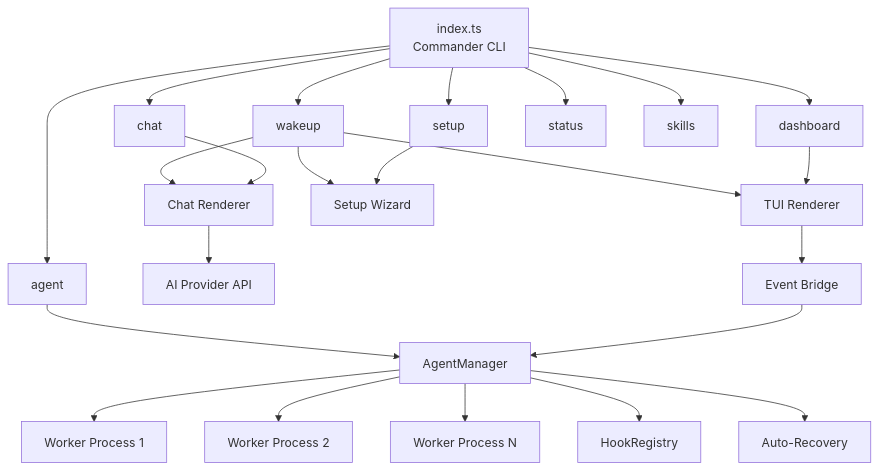
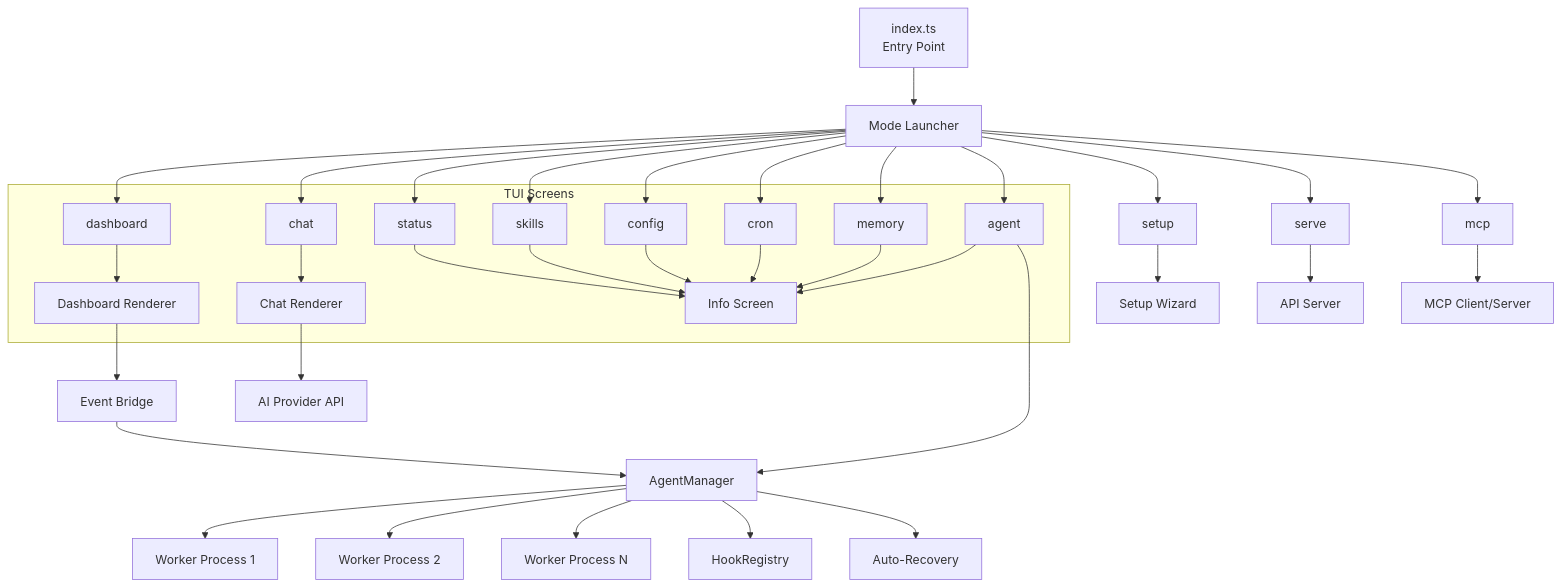
Before and after one commit to KunjShah95/neuron-os: the first of 2 diagrams in README.md, drawn with Mermaid. The commit also changed other lines of this file and 5 other files, not shown here.

````diff
--- a/README.md
+++ b/README.md
@@ -128,30 +143,40 @@
 ```mermaid
 graph TD
-    CLI[index.ts<br/>Commander CLI] --> W[wakeup]
-    CLI --> D[dashboard]
-    CLI --> C[chat]
-    CLI --> A[agent]
-    CLI --> S[setup]
-    CLI --> ST[status]
-    CLI --> SK[skills]
+    CLI[index.ts<br/>Entry Point] --> ML[Mode Launcher]
+    ML --> D[dashboard]
+    ML --> C[chat]
+    ML --> ST[status]
+    ML --> SK[skills]
+    ML --> CFG[config]
+    ML --> CR[cron]
+    ML --> MEM[memory]
+    ML --> A[agent]
+    ML --> S[setup]
+    ML --> SV[serve]
+    ML --> MCP[mcp]
 
-    W --> TUI[TUI Renderer]
-    W --> Chat[Chat Renderer]
-    W --> Wiz[Setup Wizard]
-    D --> TUI
-    C --> Chat
-    S --> Wiz
+    subgraph "TUI Screens"
+        D --> DTUI[Dashboard Renderer]
+        C --> CTUI[Chat Renderer]
+        ST --> ITUI[Info Screen]
+        SK --> ITUI
+        CFG --> ITUI
+        CR --> ITUI
+        MEM --> ITUI
+        A --> ITUI
+    end
+
     A --> AM[AgentManager]
+    S --> Wiz[Setup Wizard]
+    SV --> API[API Server]
+    MCP --> MCPC[MCP Client/Server]
 
     AM --> W1[Worker Process 1]
     AM --> W2[Worker Process 2]
-    AM --> W3[Worker Process N]
-
+    AM --> WN[Worker Process N]
     AM --> HR[HookRegistry]
     AM --> RC[Auto-Recovery]
-
-    Chat --> API[AI Provider API]
-
-    TUI --> EB[Event Bridge]
+    CTUI --> AI[AI Provider API]
+    DTUI --> EB[Event Bridge]
     EB --> AM
 ```
````
